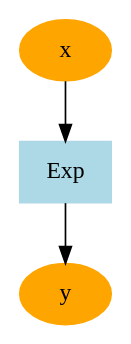
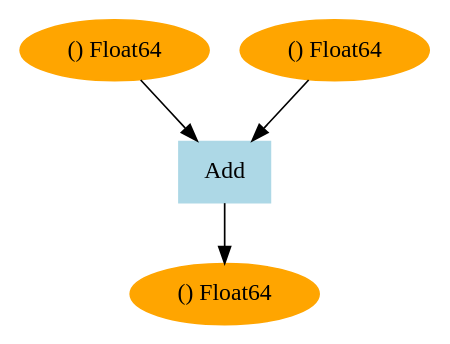
Before and after one commit to takuma-i-bb/JuReto.jl: the diagram in sample.dot, drawn with Graphviz. The commit also changed 5 other files, not shown here.

```diff
--- a/sample.dot
+++ b/sample.dot
@@ -1,7 +1,9 @@
 digraph g{
-    2098238441700766172 [label=x, color=orange, style=filled]
-    2 [label="y", color=orange, style=filled]
-    3 [label="Exp", color=lightblue, style=filled, shape=box]
-    2098238441700766172 -> 3
-    3 -> 2
+4327175137480901879 [label="() Float64", color=orange, style=filled]
+14345015383893751710 [label="Add", color=lightblue, style=filled, shape=box]
+18226922257220744297 -> 14345015383893751710
+8401206072846024384 -> 14345015383893751710
+14345015383893751710 -> 4327175137480901879
+18226922257220744297 [label="() Float64", color=orange, style=filled]
+8401206072846024384 [label="() Float64", color=orange, style=filled]
 }
```
